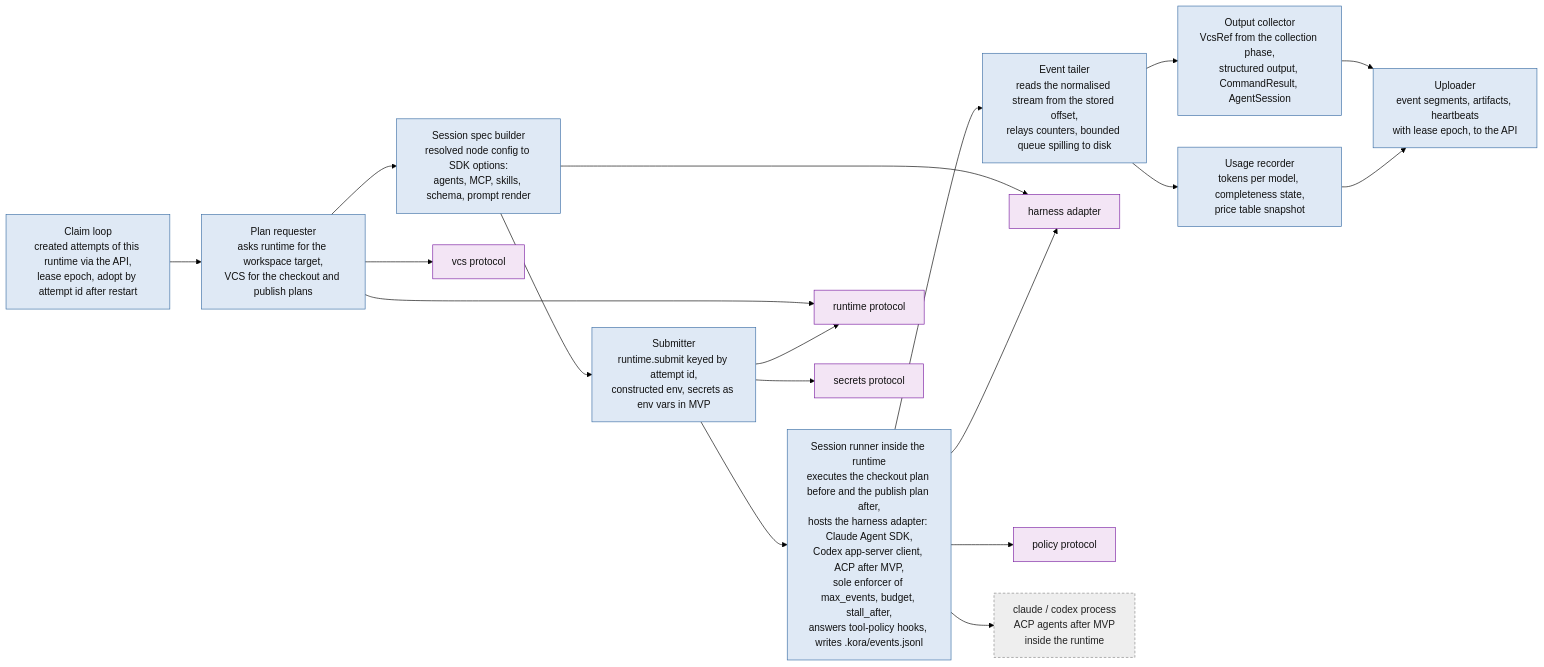
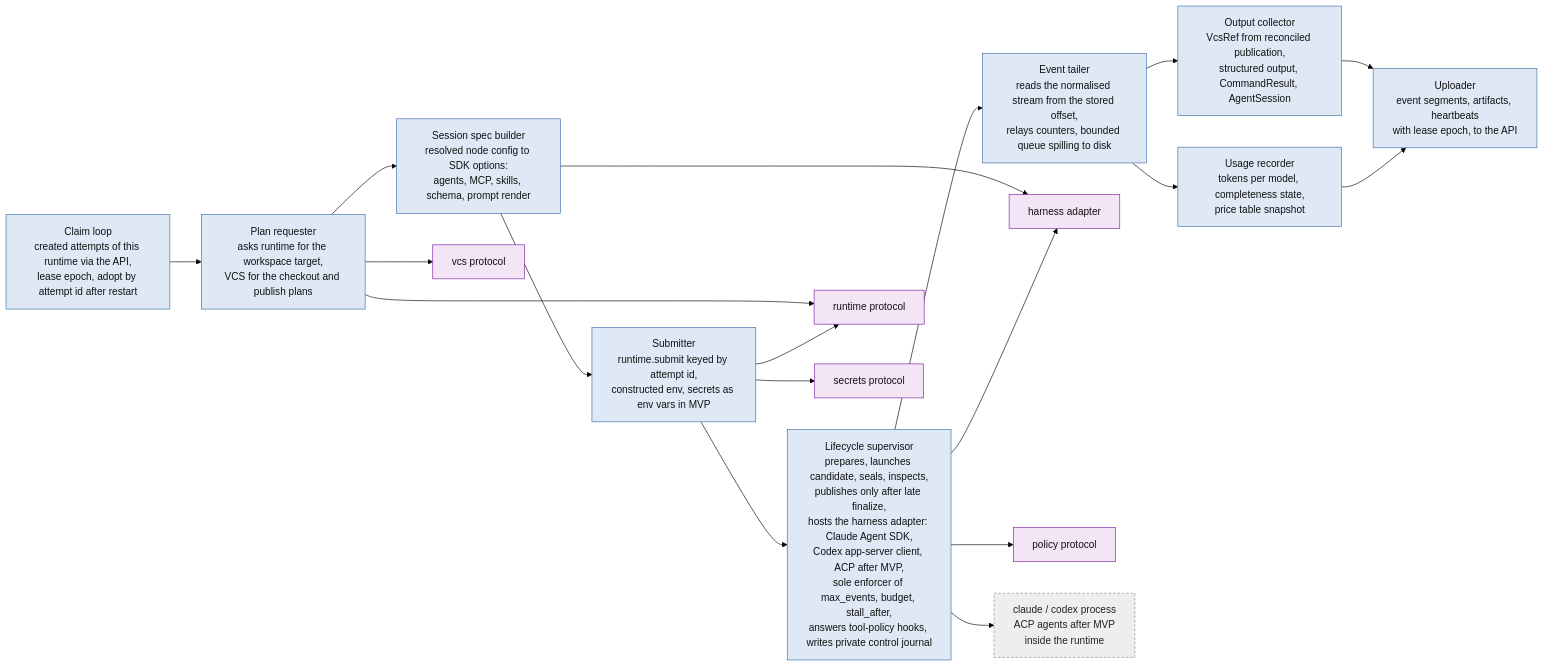
The fourth of 6 diagrams in knowledge/architecture/detailed.md (klukashka/kora), drawn with Mermaid (forest theme) before and after one commit. The commit also changed other lines of this file and 23 other files, not shown here.

Commit message:
docs: isolate lifecycle state and trusted publication (#58)

````diff
--- a/knowledge/architecture/detailed.md
+++ b/knowledge/architecture/detailed.md
@@ -160,32 +160,32 @@
 ```mermaid
 flowchart LR
     classDef c fill:#dfe9f5,stroke:#3b6ea5,color:#111
     classDef plugin fill:#f3e5f5,stroke:#7b1fa2,color:#111
     classDef ext fill:#eeeeee,stroke:#888,color:#222,stroke-dasharray: 4 3
 
     CL[Claim loop<br/>created attempts of this runtime via the API,<br/>lease epoch, adopt by attempt id after restart]:::c
     WS[Plan requester<br/>asks runtime for the workspace target,<br/>VCS for the checkout and publish plans]:::c
     CFG[Session spec builder<br/>resolved node config to SDK options:<br/>agents, MCP, skills, schema, prompt render]:::c
     SUB[Submitter<br/>runtime.submit keyed by attempt id,<br/>constructed env, secrets as env vars in MVP]:::c
-    RUN[Session runner inside the runtime<br/>executes the checkout plan before and the publish plan after,<br/>hosts the harness adapter: Claude Agent SDK,<br/>Codex app-server client, ACP after MVP,<br/>sole enforcer of max_events, budget, stall_after,<br/>answers tool-policy hooks, writes .kora/events.jsonl]:::c
+    RUN[Lifecycle supervisor<br/>prepares, launches candidate, seals, inspects,<br/>publishes only after late finalize,<br/>hosts the harness adapter: Claude Agent SDK,<br/>Codex app-server client, ACP after MVP,<br/>sole enforcer of max_events, budget, stall_after,<br/>answers tool-policy hooks, writes private control journal]:::c
     STR[Event tailer<br/>reads the normalised stream from the stored offset,<br/>relays counters, bounded queue spilling to disk]:::c
-    COL[Output collector<br/>VcsRef from the collection phase,<br/>structured output, CommandResult, AgentSession]:::c
+    COL[Output collector<br/>VcsRef from reconciled publication,<br/>structured output, CommandResult, AgentSession]:::c
     USG[Usage recorder<br/>tokens per model, completeness state,<br/>price table snapshot]:::c
     UP[Uploader<br/>event segments, artifacts, heartbeats<br/>with lease epoch, to the API]:::c
 
     P_RT[runtime protocol]:::plugin
     P_HA[harness adapter]:::plugin
     P_POL[policy protocol]:::plugin
     P_VCS[vcs protocol]:::plugin
     P_SEC[secrets protocol]:::plugin
     HARN[claude / codex process<br/>ACP agents after MVP<br/>inside the runtime]:::ext
 
     CL --> WS --> CFG --> SUB --> RUN --> STR --> COL --> UP
     STR --> USG --> UP
     WS --> P_VCS
     WS & SUB --> P_RT
     CFG --> P_HA
     RUN --> P_HA & P_POL
     SUB --> P_SEC
     RUN --> HARN
 ```
````
